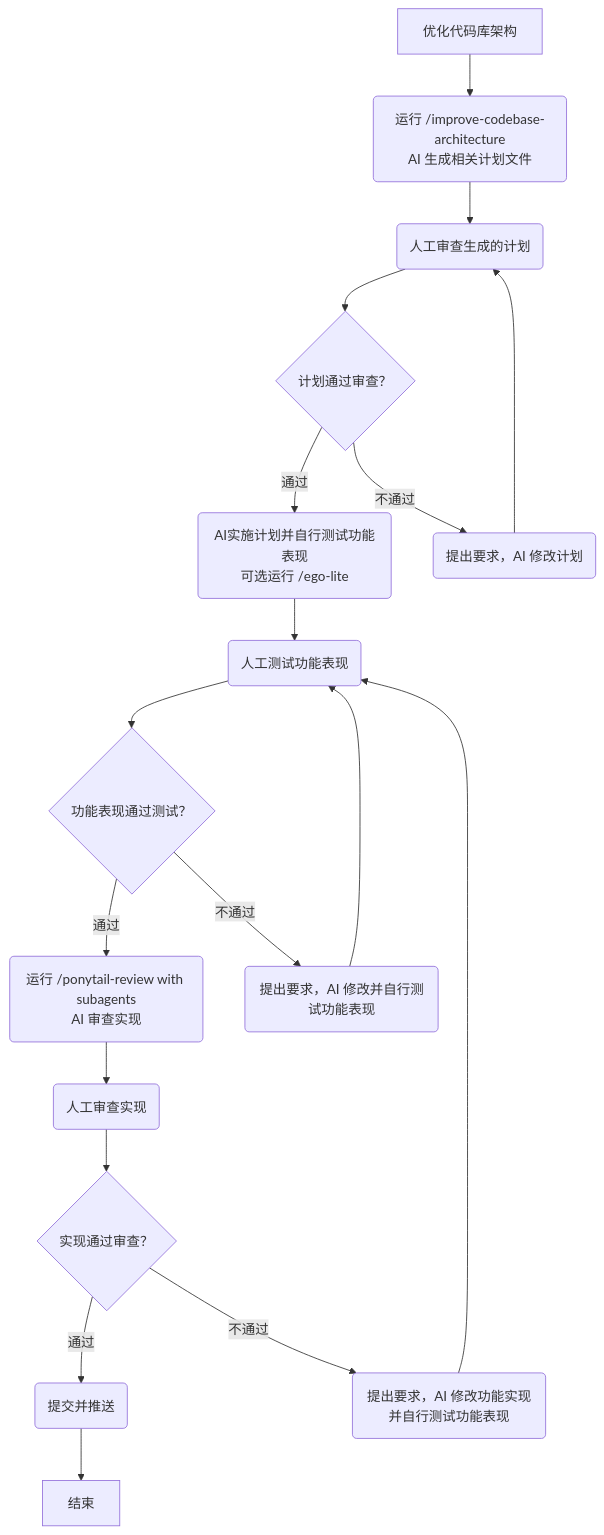
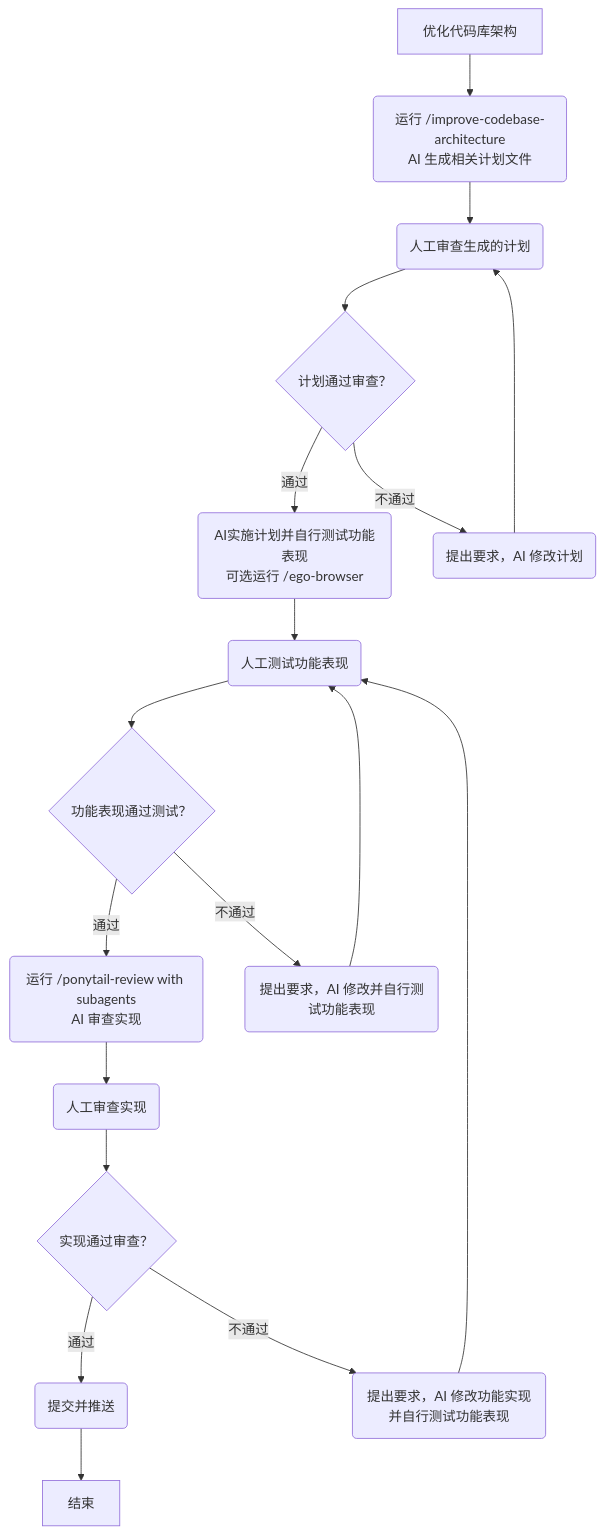
One commit to ModyQyW/ai changed the third of 3 diagrams in README.zh-CN.md. Above: the diagram before and after it, drawn with Mermaid. The commit also changed other lines of this file and 1 other file, not shown here.

````diff
--- a/README.zh-CN.md
+++ b/README.zh-CN.md
@@ -158,20 +158,20 @@
 ```mermaid
 flowchart TD
    A[优化代码库架构] --> B(运行 /improve-codebase-architecture\nAI 生成相关计划文件)
    B --> C(人工审查生成的计划)
    C --> D{计划通过审查？}
-   D -->|通过| F(AI实施计划并自行测试功能表现\n可选运行 /ego-lite)
+   D -->|通过| F(AI实施计划并自行测试功能表现\n可选运行 /ego-browser)
    D -->|不通过| E(提出要求，AI 修改计划)
    E --> C
    F --> G(人工测试功能表现)
    G --> H{功能表现通过测试？}
    H -->|通过| I(运行 /ponytail-review with subagents\nAI 审查实现)
    H -->|不通过| J(提出要求，AI 修改并自行测试功能表现)
    J --> G
    I --> K(人工审查实现)
    K --> L{实现通过审查？}
    L -->|通过| M(提交并推送)
    L -->|不通过| N(提出要求，AI 修改功能实现并自行测试功能表现)
    N --> G
    M --> O[结束]
 ```
````
